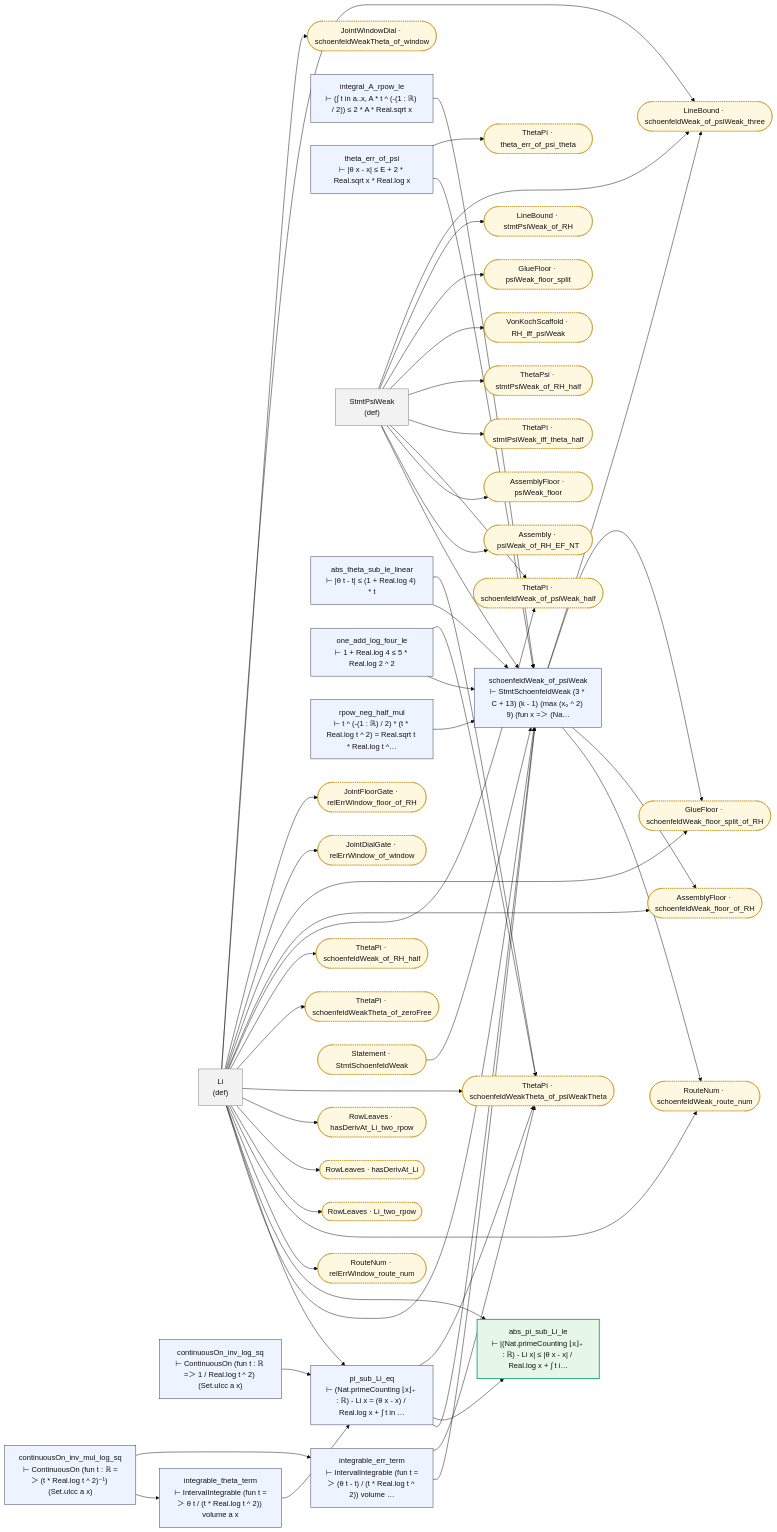
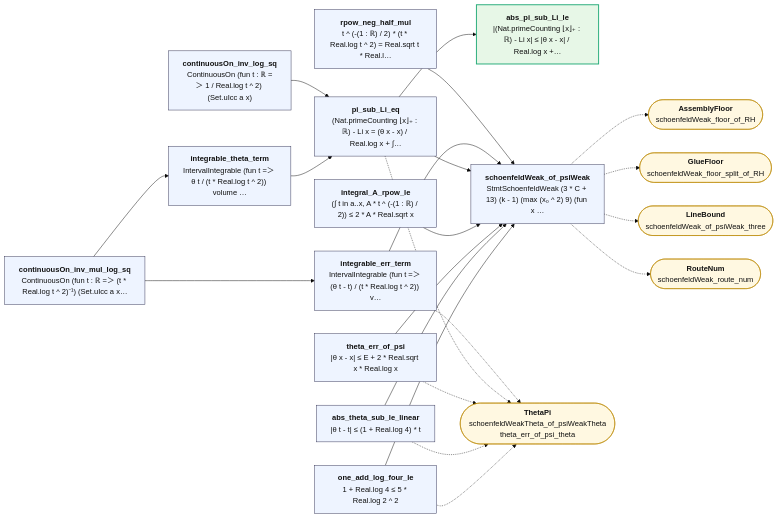
One commit to juliansambranojr/Primebeat_081426 changed the diagram in map/lean_stage3/PsiToPi.md. Above: the diagram before and after it, drawn with Mermaid (base theme). The commit also changed other lines of this file and 387 other files, not shown here.

````diff
--- a/map/lean_stage3/PsiToPi.md
+++ b/map/lean_stage3/PsiToPi.md
@@ -8,97 +12,46 @@
 ```mermaid
 flowchart LR
-  n0["Li<br/>(def)"]:::dfn
-  n1["continuousOn_inv_log_sq<br/>⊢ ContinuousOn (fun t : ℝ =＞ 1 / Real.log t ^ 2) (Set.uIcc a x)"]:::thm
-  n2["continuousOn_inv_mul_log_sq<br/>⊢ ContinuousOn (fun t : ℝ =＞ (t * Real.log t ^ 2)⁻¹) (Set.uIcc a x)"]:::thm
-  n3["integrable_theta_term<br/>⊢ IntervalIntegrable (fun t =＞ θ t / (t * Real.log t ^ 2)) volume a x"]:::thm
-  n4["integrable_err_term<br/>⊢ IntervalIntegrable (fun t =＞ (θ t - t) / (t * Real.log t ^ 2)) volume …"]:::thm
-  n5["pi_sub_Li_eq<br/>⊢ (Nat.primeCounting ⌊x⌋₊ : ℝ) - Li x = (θ x - x) / Real.log x + ∫ t in …"]:::thm
-  n6["abs_pi_sub_Li_le<br/>⊢ |(Nat.primeCounting ⌊x⌋₊ : ℝ) - Li x| ≤ |θ x - x| / Real.log x + ∫ t i…"]:::end_
-  n7["integral_A_rpow_le<br/>⊢ (∫ t in a..x, A * t ^ (-(1 : ℝ) / 2)) ≤ 2 * A * Real.sqrt x"]:::thm
-  n8["theta_err_of_psi<br/>⊢ |θ x - x| ≤ E + 2 * Real.sqrt x * Real.log x"]:::thm
-  n9["StmtPsiWeak<br/>(def)"]:::dfn
-  n10["abs_theta_sub_le_linear<br/>⊢ |θ t - t| ≤ (1 + Real.log 4) * t"]:::thm
-  n11["one_add_log_four_le<br/>⊢ 1 + Real.log 4 ≤ 5 * Real.log 2 ^ 2"]:::thm
-  n12["rpow_neg_half_mul<br/>⊢ t ^ (-(1 : ℝ) / 2) * (t * Real.log t ^ 2) = Real.sqrt t * Real.log t ^…"]:::thm
-  n13["schoenfeldWeak_of_psiWeak<br/>⊢ StmtSchoenfeldWeak (3 * C + 13) (k - 1) (max (x₀ ^ 2) 9) (fun x =＞ (Na…"]:::thm
-  x0(["Assembly · psiWeak_of_RH_EF_NT"]):::ext
-  x1(["AssemblyFloor · psiWeak_floor"]):::ext
-  x2(["AssemblyFloor · schoenfeldWeak_floor_of_RH"]):::ext
-  x3(["GlueFloor · psiWeak_floor_split"]):::ext
-  x4(["GlueFloor · schoenfeldWeak_floor_split_of_RH"]):::ext
-  x5(["JointDialGate · relErrWindow_of_window"]):::ext
-  x6(["JointFloorGate · relErrWindow_floor_of_RH"]):::ext
-  x7(["JointWindowDial · schoenfeldWeakTheta_of_window"]):::ext
-  x8(["LineBound · stmtPsiWeak_of_RH"]):::ext
-  x9(["LineBound · schoenfeldWeak_of_psiWeak_three"]):::ext
-  x10(["RouteNum · relErrWindow_route_num"]):::ext
-  x11(["RouteNum · schoenfeldWeak_route_num"]):::ext
-  x12(["RowLeaves · Li_two_rpow"]):::ext
-  x13(["RowLeaves · hasDerivAt_Li"]):::ext
-  x14(["RowLeaves · hasDerivAt_Li_two_rpow"]):::ext
-  x15(["Statement · StmtSchoenfeldWeak"]):::ext
-  x16(["ThetaPi · schoenfeldWeakTheta_of_psiWeakTheta"]):::ext
-  x17(["ThetaPi · schoenfeldWeakTheta_of_zeroFree"]):::ext
-  x18(["ThetaPi · schoenfeldWeak_of_RH_half"]):::ext
-  x19(["ThetaPi · schoenfeldWeak_of_psiWeak_half"]):::ext
-  x20(["ThetaPi · stmtPsiWeak_iff_theta_half"]):::ext
-  x21(["ThetaPi · theta_err_of_psi_theta"]):::ext
-  x22(["ThetaPsi · stmtPsiWeak_of_RH_half"]):::ext
-  x23(["VonKochScaffold · RH_iff_psiWeak"]):::ext
-  n0 --> n13
-  n0 --> n5
-  n0 --> n6
-  n0 --> x10
-  n0 --> x11
-  n0 --> x12
-  n0 --> x13
-  n0 --> x14
-  n0 --> x16
-  n0 --> x17
-  n0 --> x18
-  n0 --> x19
-  n0 --> x2
-  n0 --> x4
-  n0 --> x5
-  n0 --> x6
-  n0 --> x7
-  n0 --> x9
-  n1 --> n5
-  n10 --> n13
-  n10 --> x16
-  n11 --> n13
-  n11 --> x16
-  n12 --> n13
-  n13 --> x11
-  n13 --> x2
-  n13 --> x4
-  n13 --> x9
-  n2 --> n3
+  n0["<b>continuousOn_inv_log_sq</b><br/>ContinuousOn (fun t : ℝ =＞ 1 / Real.log t ^ 2) (Set.uIcc a x)"]:::thm
+  n1["<b>continuousOn_inv_mul_log_sq</b><br/>ContinuousOn (fun t : ℝ =＞ (t * Real.log t ^ 2)⁻¹) (Set.uIcc a x…"]:::thm
+  n2["<b>integrable_theta_term</b><br/>IntervalIntegrable (fun t =＞ θ t / (t * Real.log t ^ 2)) volume …"]:::thm
+  n3["<b>integrable_err_term</b><br/>IntervalIntegrable (fun t =＞ (θ t - t) / (t * Real.log t ^ 2)) v…"]:::thm
+  n4["<b>pi_sub_Li_eq</b><br/>(Nat.primeCounting ⌊x⌋₊ : ℝ) - Li x = (θ x - x) / Real.log x + ∫…"]:::thm
+  n5["<b>abs_pi_sub_Li_le</b><br/>|(Nat.primeCounting ⌊x⌋₊ : ℝ) - Li x| ≤ |θ x - x| / Real.log x +…"]:::end_
+  n6["<b>integral_A_rpow_le</b><br/>(∫ t in a..x, A * t ^ (-(1 : ℝ) / 2)) ≤ 2 * A * Real.sqrt x"]:::thm
+  n7["<b>theta_err_of_psi</b><br/>|θ x - x| ≤ E + 2 * Real.sqrt x * Real.log x"]:::thm
+  n8["<b>abs_theta_sub_le_linear</b><br/>|θ t - t| ≤ (1 + Real.log 4) * t"]:::thm
+  n9["<b>one_add_log_four_le</b><br/>1 + Real.log 4 ≤ 5 * Real.log 2 ^ 2"]:::thm
+  n10["<b>rpow_neg_half_mul</b><br/>t ^ (-(1 : ℝ) / 2) * (t * Real.log t ^ 2) = Real.sqrt t * Real.l…"]:::thm
+  n11["<b>schoenfeldWeak_of_psiWeak</b><br/>StmtSchoenfeldWeak (3 * C + 13) (k - 1) (max (x₀ ^ 2) 9) (fun x …"]:::thm
+  x0(["<b>ThetaPi</b><br/>schoenfeldWeakTheta_of_psiWeakTheta<br/>theta_err_of_psi_theta"]):::ext
+  x1(["<b>AssemblyFloor</b><br/>schoenfeldWeak_floor_of_RH"]):::ext
+  x2(["<b>GlueFloor</b><br/>schoenfeldWeak_floor_split_of_RH"]):::ext
+  x3(["<b>LineBound</b><br/>schoenfeldWeak_of_psiWeak_three"]):::ext
+  x4(["<b>RouteNum</b><br/>schoenfeldWeak_route_num"]):::ext
+  n0 --> n4
+  n1 --> n2
+  n1 --> n3
+  n10 --> n11
   n2 --> n4
-  n3 --> n5
-  n4 --> n13
-  n4 --> x16
-  n5 --> n13
-  n5 --> n6
-  n5 --> x16
-  n7 --> n13
-  n8 --> n13
-  n8 --> x21
-  n9 --> n13
-  n9 --> x0
-  n9 --> x1
-  n9 --> x19
-  n9 --> x20
-  n9 --> x22
-  n9 --> x23
-  n9 --> x3
-  n9 --> x8
-  n9 --> x9
-  x15 --> n13
+  n3 --> n11
+  n4 --> n11
+  n4 --> n5
+  n6 --> n11
+  n7 --> n11
+  n8 --> n11
+  n9 --> n11
+  n11 -.-> x1
+  n11 -.-> x2
+  n11 -.-> x3
+  n11 -.-> x4
+  n3 -.-> x0
+  n4 -.-> x0
+  n7 -.-> x0
+  n8 -.-> x0
+  n9 -.-> x0
   classDef thm fill:#eef4ff,stroke:#335,color:#111
-  classDef dfn fill:#f2f2f2,stroke:#777,color:#111
   classDef end_ fill:#e7f7e7,stroke:#2a7,color:#111,stroke-width:2px
   classDef lone fill:#fff,stroke:#999,color:#111,stroke-dasharray:4 3
   classDef bad fill:#ffe5e5,stroke:#c22,color:#111,stroke-width:2px
-  classDef ext fill:#fff8e1,stroke:#b80,color:#111,stroke-dasharray:2 2
+  classDef ext fill:#fff8e1,stroke:#b80,color:#111
 ```
````
